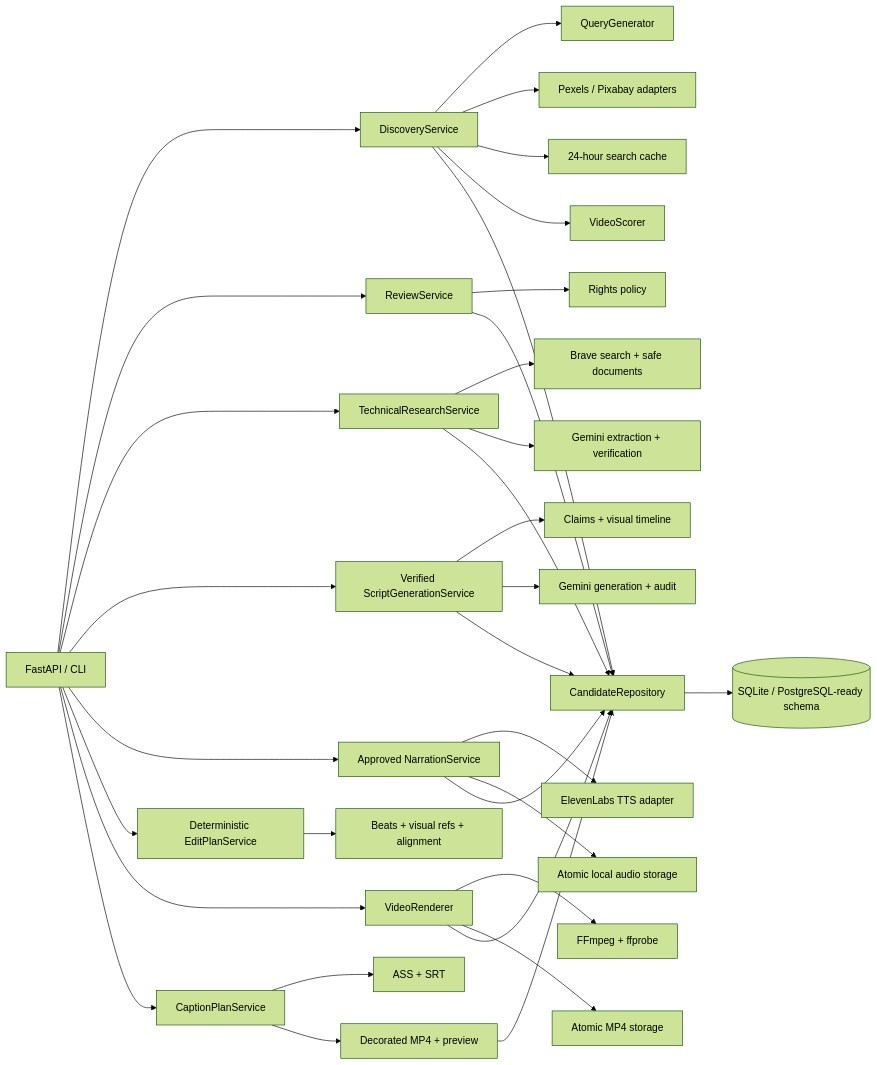
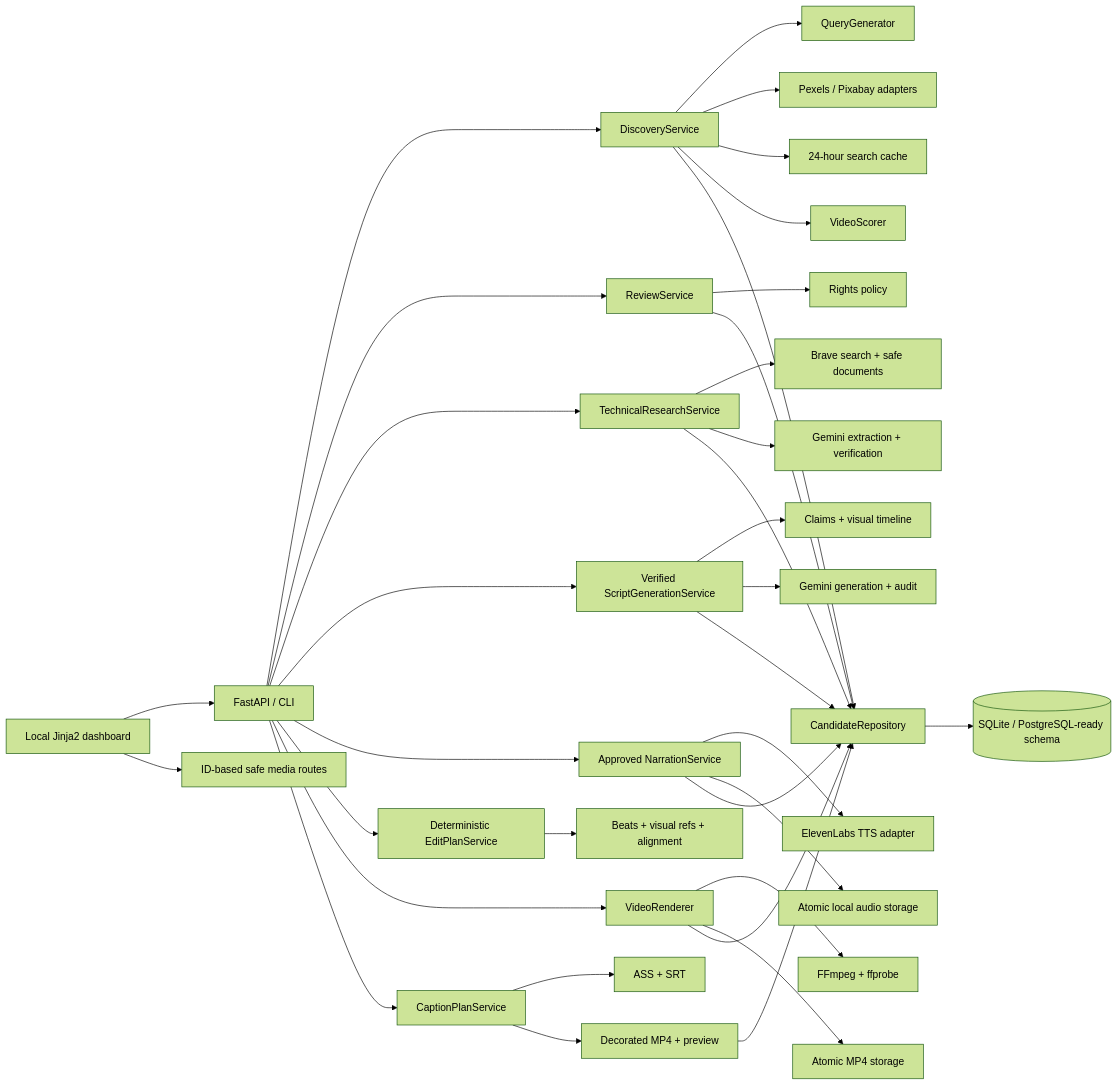
The diagram in README.md (magdaleno88/VIdeo_editor), drawn with Mermaid (forest theme) before and after one commit. The commit also changed other lines of this file and 28 other files, not shown here.

````diff
--- a/README.md
+++ b/README.md
@@ -26,35 +27,37 @@
 ```mermaid
 flowchart LR
     API[FastAPI / CLI] --> Discovery[DiscoveryService]
     Discovery --> Queries[QueryGenerator]
     Discovery --> Providers[Pexels / Pixabay adapters]
     Discovery --> Cache[24-hour search cache]
     Discovery --> Scoring[VideoScorer]
     Discovery --> Repository[CandidateRepository]
     API --> Review[ReviewService]
     API --> Research[TechnicalResearchService]
     Research --> Search[Brave search + safe documents]
     Research --> Claims[Gemini extraction + verification]
     Research --> Repository
     API --> Scripting[Verified ScriptGenerationService]
     Scripting --> Allowlist[Claims + visual timeline]
     Scripting --> ScriptAI[Gemini generation + audit]
     Scripting --> Repository
     API --> Narration[Approved NarrationService]
     Narration --> TTS[ElevenLabs TTS adapter]
     Narration --> Audio[Atomic local audio storage]
     Narration --> Repository
     API --> Planning[Deterministic EditPlanService]
     Planning --> Evidence[Beats + visual refs + alignment]
     API --> Rendering[VideoRenderer]
     Rendering --> FFmpeg[FFmpeg + ffprobe]
     Rendering --> Output[Atomic MP4 storage]
     Rendering --> Repository
     API --> Captions[CaptionPlanService]
     Captions --> Subtitles[ASS + SRT]
     Captions --> Final[Decorated MP4 + preview]
     Final --> Repository
+    Dashboard[Local Jinja2 dashboard] --> API
+    Dashboard --> Media[ID-based safe media routes]
     Review --> Rights[Rights policy]
     Review --> Repository
     Repository --> DB[(SQLite / PostgreSQL-ready schema)]
 ```
````
